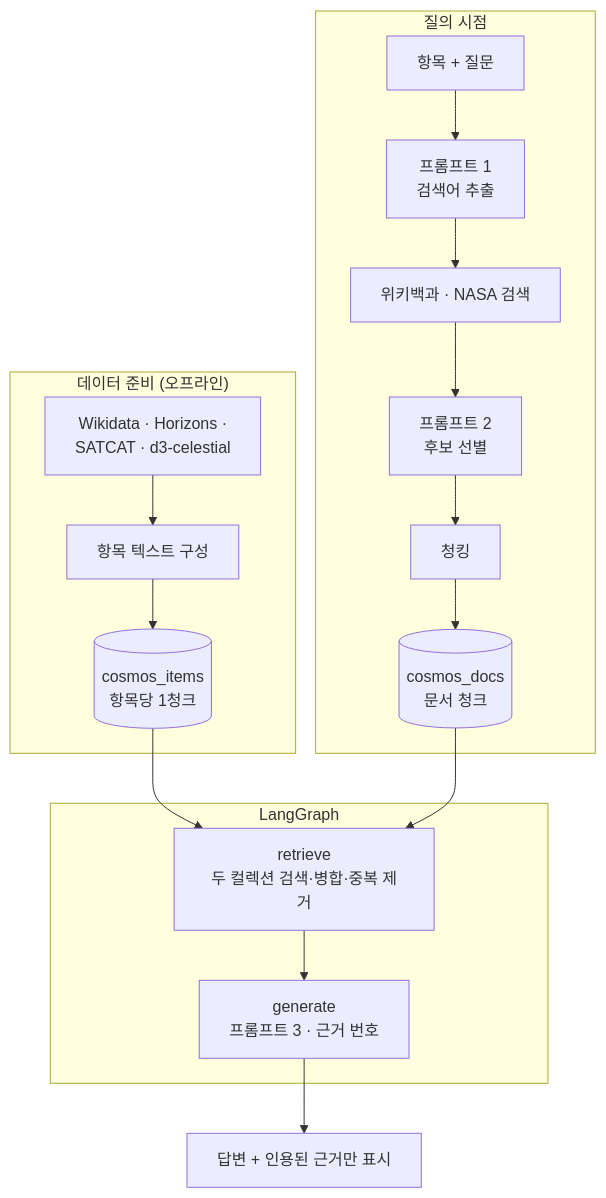
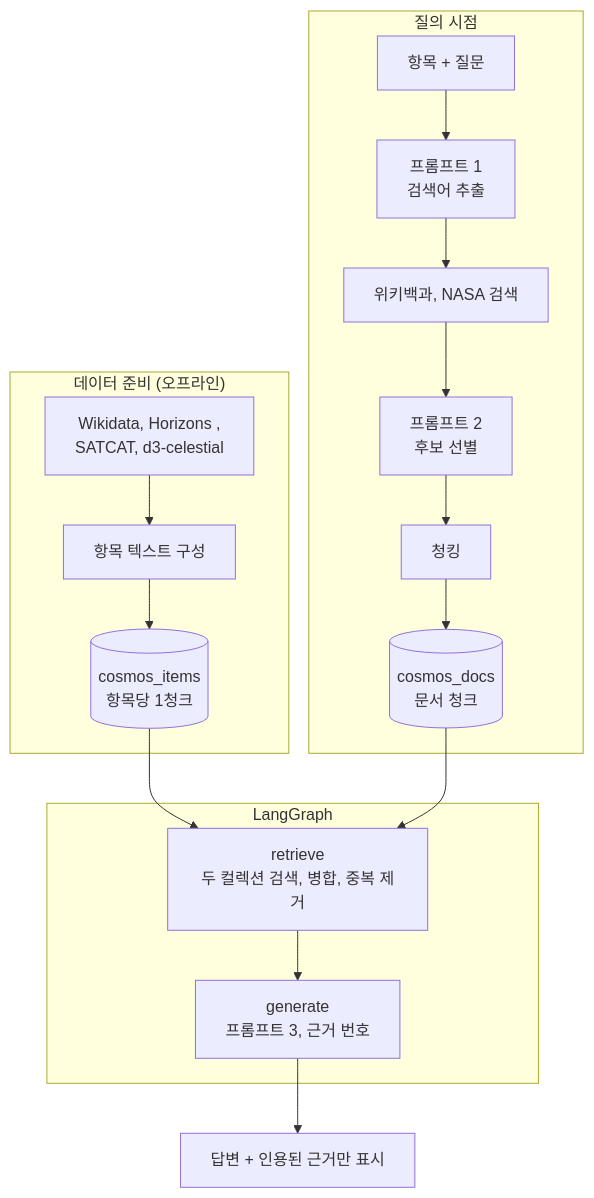
One commit to bnbong/VastHorizon changed the fifth of 7 diagrams in docs/01_project_plan.md. Above: the diagram before and after it, drawn with Mermaid. The commit also changed other lines of this file and 30 other files, not shown here.

````diff
--- a/docs/01_project_plan.md
+++ b/docs/01_project_plan.md
@@ -378,20 +378,20 @@
 ```mermaid
 flowchart TB
     subgraph 준비["데이터 준비 (오프라인)"]
-        M1["Wikidata · Horizons ·<br/>SATCAT · d3-celestial"] --> M2["항목 텍스트 구성"]
+        M1["Wikidata, Horizons , <br/>SATCAT, d3-celestial"] --> M2["항목 텍스트 구성"]
         M2 --> M3[("cosmos_items<br/>항목당 1청크")]
     end
     subgraph 질의["질의 시점"]
         U["항목 + 질문"] --> P1["프롬프트 1<br/>검색어 추출"]
-        P1 --> W["위키백과 · NASA 검색"]
+        P1 --> W["위키백과, NASA 검색"]
         W --> P2["프롬프트 2<br/>후보 선별"]
         P2 --> CH["청킹"]
         CH --> D[("cosmos_docs<br/>문서 청크")]
     end
     subgraph 그래프["LangGraph"]
-        R["retrieve<br/>두 컬렉션 검색·병합·중복 제거"] --> G["generate<br/>프롬프트 3 · 근거 번호"]
+        R["retrieve<br/>두 컬렉션 검색, 병합, 중복 제거"] --> G["generate<br/>프롬프트 3, 근거 번호"]
     end
     M3 --> R
     D --> R
     G --> O["답변 + 인용된 근거만 표시"]
 ```
````
